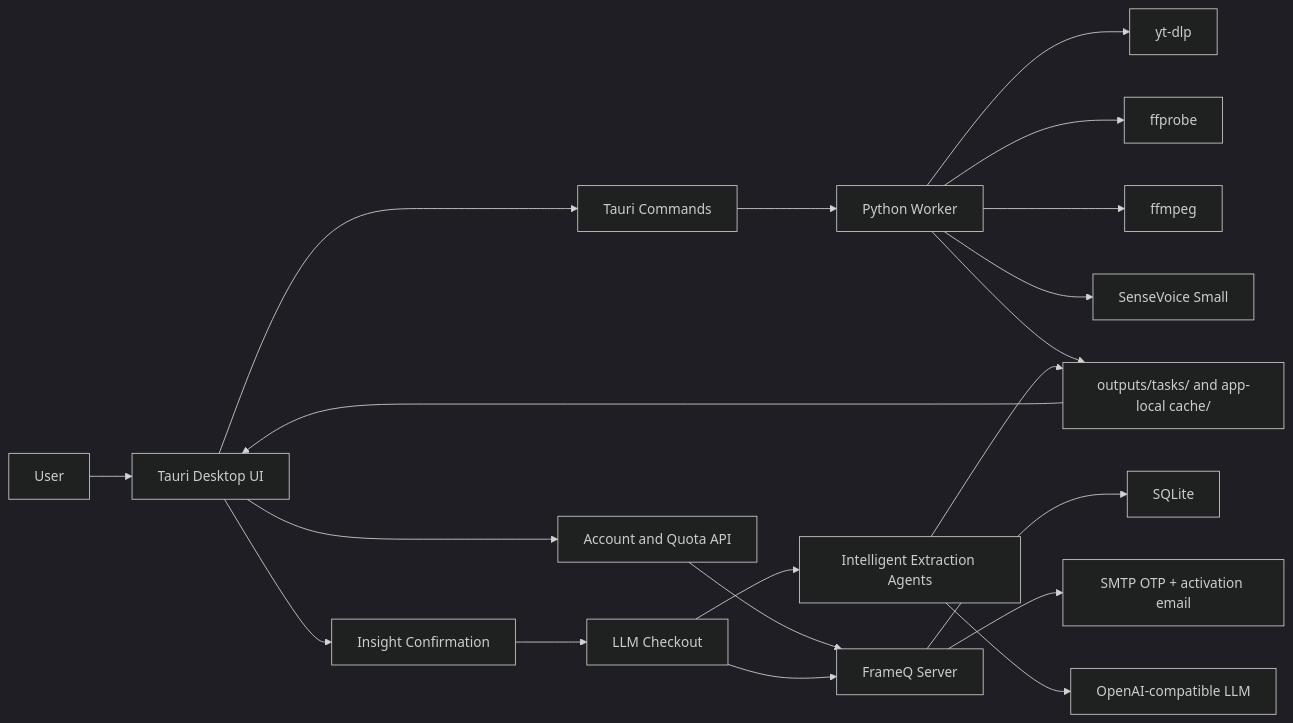
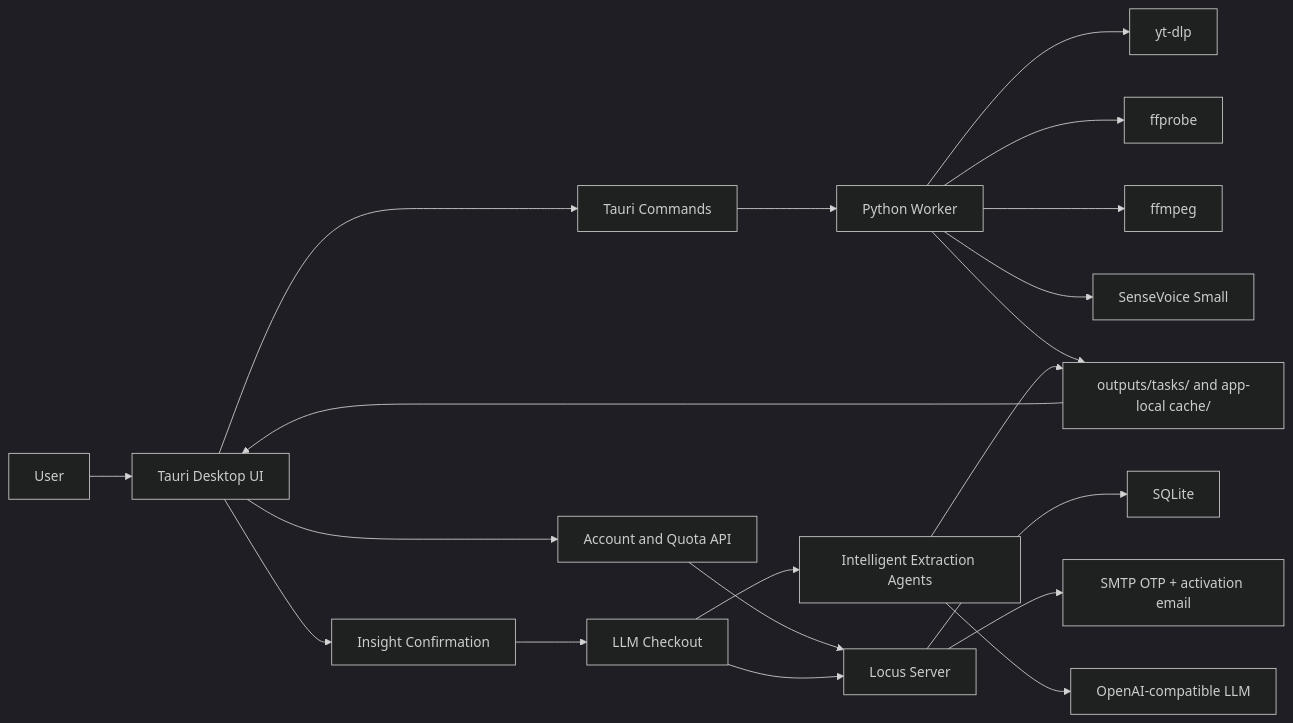
The diagram in README.md (jiabai/FrameQ), drawn with Mermaid (dark theme) before and after one commit. The commit also changed other lines of this file and 289 other files, not shown here.

````diff
--- a/README.md
+++ b/README.md
@@ -167,24 +169,24 @@
 ```mermaid
 flowchart LR
   User["User"] --> App["Tauri Desktop UI"]
   App --> Tauri["Tauri Commands"]
   Tauri --> Worker["Python Worker"]
   Worker --> Downloader["yt-dlp"]
   Worker --> Probe["ffprobe"]
   Worker --> Audio["ffmpeg"]
   Worker --> ASR["SenseVoice Small"]
   Worker --> Files["outputs/tasks/ and app-local cache/"]
   Files --> App
 
   App --> Account["Account and Quota API"]
-  Account --> Server["FrameQ Server"]
+  Account --> Server["Locus Server"]
   Server --> SQLite["SQLite"]
   Server --> SMTP["SMTP OTP + activation email"]
 
   App --> Confirm["Insight Confirmation"]
   Confirm --> Checkout["LLM Checkout"]
   Checkout --> Server
   Checkout --> Insight["Intelligent Extraction Agents"]
   Insight --> LLM["OpenAI-compatible LLM"]
   Insight --> Files
 ```
````
